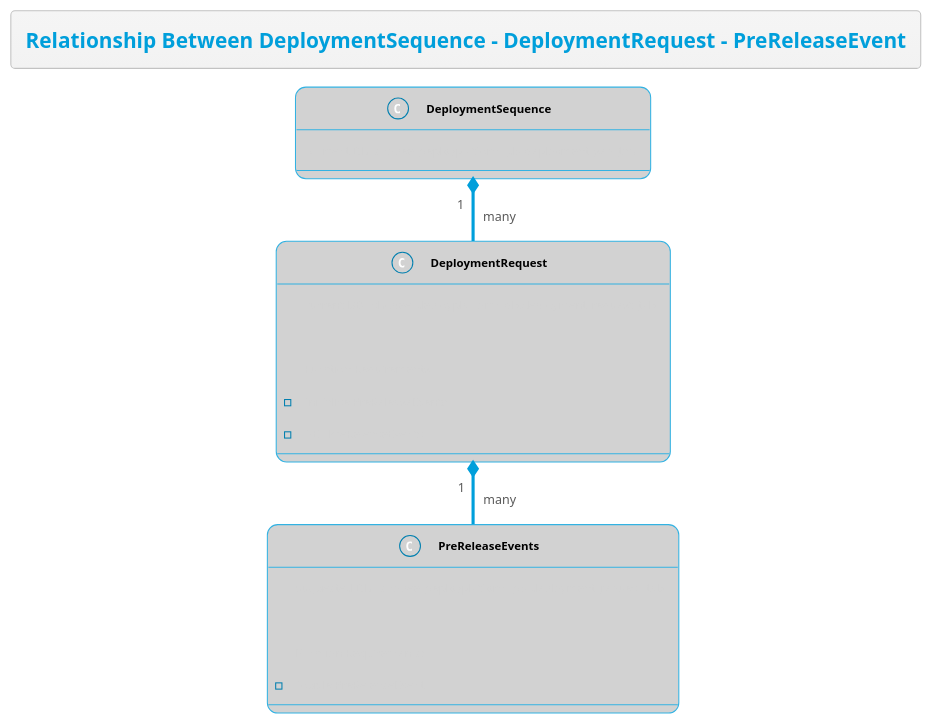
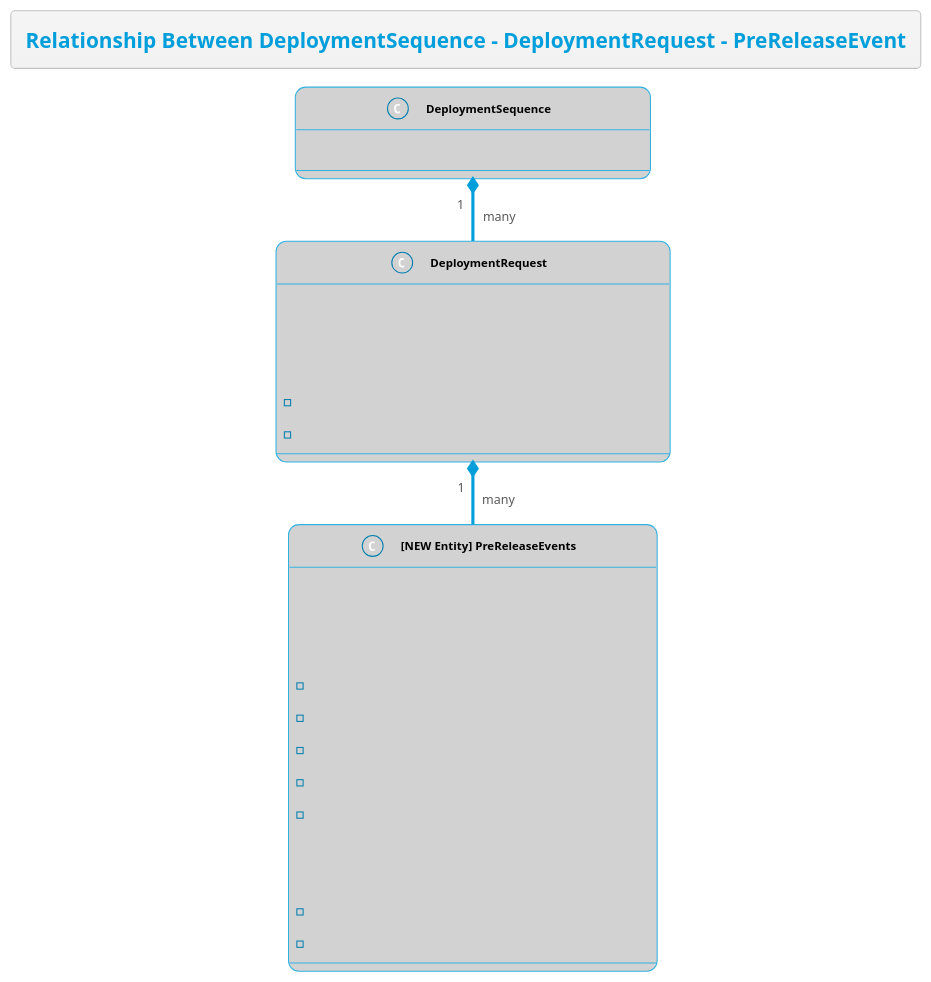
Before and after one commit to thetomitomo/diagrams: the diagram in src/Multi-Day-Deployment/PreReleaseEventEntities.plantuml, drawn with PlantUML. The commit also changed 1 other file, not shown here.

```diff
--- a/src/Multi-Day-Deployment/PreReleaseEventEntities.plantuml
+++ b/src/Multi-Day-Deployment/PreReleaseEventEntities.plantuml
@@ -1,32 +1,40 @@
 @startuml
 !theme bluegray
 skinparam FooterFontColor black
 skinparam DatabaseFontColor #007faf
 skinparam ClassFontColor black
 skinparam ClassBackgroundColor #d2d2d2
 
 
 title Relationship Between DeploymentSequence - DeploymentRequest - PreReleaseEvent
 
 class "<b>DeploymentSequence" as DS {
     current DB: shopee_deployplatform_db.deployment_seq_tab
 }
 class "<b>DeploymentRequest" as DR {
     current DB : shopee_deployplatform_db.deployment_request_tab
 
-    Function Requirements:
+    NEW Function Requirements:
     - Initialise PreReleaseEvents
     - GET PreReleaseEvents
 }
 
-class "<b>PreReleaseEvents" as PRE {
-    Suggested DB : shopee_deployplatform_db.deployment_request_tab
+class "<b>[NEW Entity] PreReleaseEvents" as PRE {
+    new DB : shopee_deployplatform_db.pre_release_events_tab
 
-    Function Requirements:
+    Attributes:
+    - deployment_request_id
+    - display_name
+    - pre_release_event_name
+    - status
+    - toggle_timestamp
+
+    NEW Function Requirements:
+    - GET PreReleaseEvent
     - Toggle PreReleaseEvent
 }
 
 DS "1" *-- "many" DR 
 DR "1" *-- "many" PRE
 
 @enduml
```
